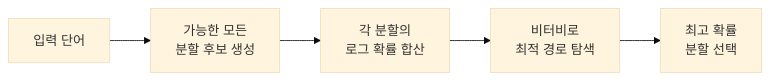
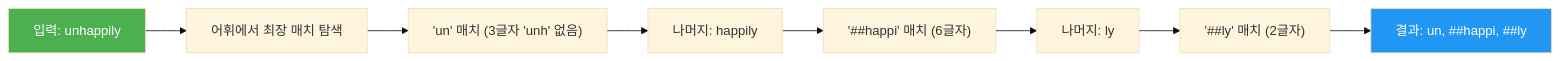
The second of 5 diagrams in 15-ch15-서브워드-토크나이제이션/03-03-wordpiece와-unigram.md (jsonpassion/forge-tutorial-llm), drawn with Mermaid (base theme) before and after one commit. The commit also changed other lines of this file and 5 other files, not shown here.

````diff
--- a/15-ch15-서브워드-토크나이제이션/03-03-wordpiece와-unigram.md
+++ b/15-ch15-서브워드-토크나이제이션/03-03-wordpiece와-unigram.md
@@ -36,7 +153,13 @@
 ```mermaid
 flowchart LR
-    A["입력 단어"] --> B["가능한 모든<br/>분할 후보 생성"]
-    B --> C["각 분할의<br/>로그 확률 합산"]
-    C --> D["비터비로<br/>최적 경로 탐색"]
-    D --> E["최고 확률<br/>분할 선택"]
+    A["입력: unhappily"] --> B["어휘에서 최장 매치 탐색"]
+    B --> C["'un' 매치 (3글자 'unh' 없음)"]
+    C --> D["나머지: happily"]
+    D --> E["'##happi' 매치 (6글자)"]
+    E --> F["나머지: ly"]
+    F --> G["'##ly' 매치 (2글자)"]
+    G --> H["결과: un, ##happi, ##ly"]
+
+    style A fill:#4CAF50,color:#fff
+    style H fill:#2196F3,color:#fff
 ```
````
